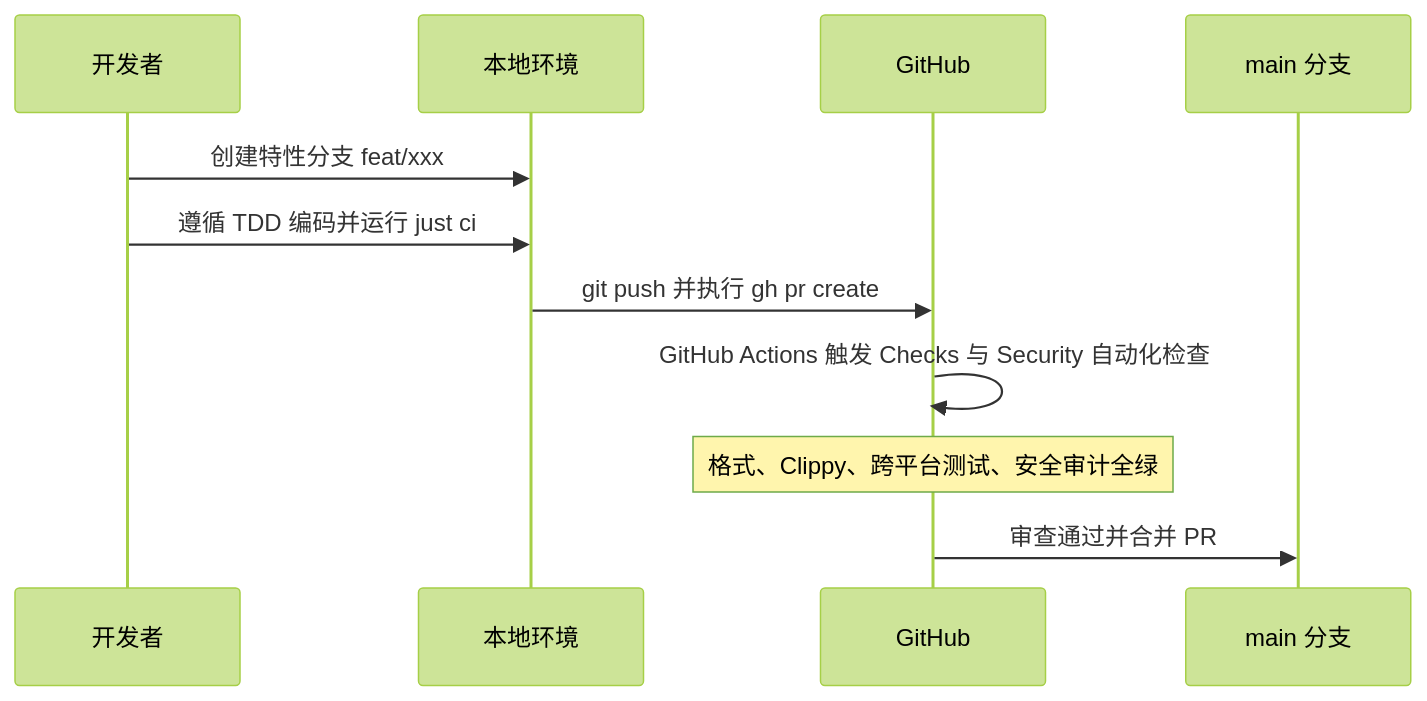
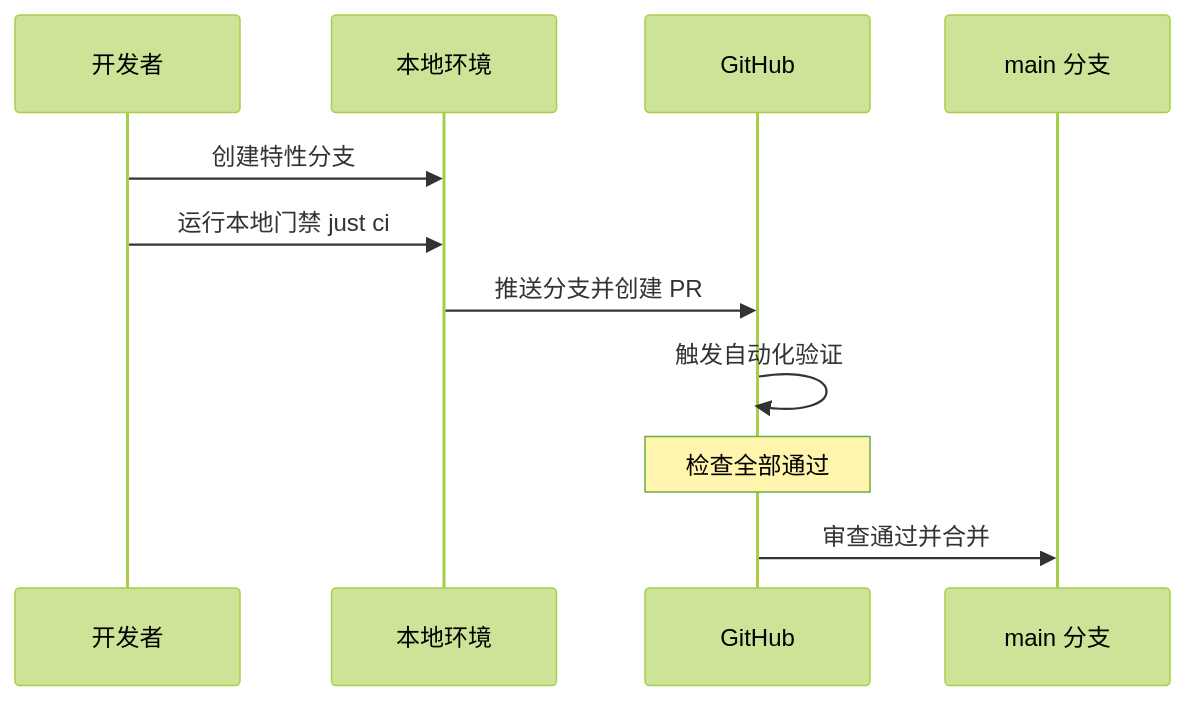
Before and after one commit to 0xTimi2233/md-outline: the first of 2 diagrams in CONTRIBUTING.md, drawn with Mermaid (forest theme). The commit also changed other lines of this file and 6 other files, not shown here.

````diff
--- a/CONTRIBUTING.md
+++ b/CONTRIBUTING.md
@@ -34,14 +47,14 @@
 ```mermaid
 sequenceDiagram
     participant Dev as 开发者
     participant Local as 本地环境
     participant Remote as GitHub
     participant Main as main 分支
 
-    Dev->>Local: 创建特性分支 feat/xxx
-    Dev->>Local: 遵循 TDD 编码并运行 just ci
-    Local->>Remote: git push 并执行 gh pr create
-    Remote->>Remote: GitHub Actions 触发 Checks 与 Security 自动化检查
-    Note over Remote: 格式、Clippy、跨平台测试、安全审计全绿
-    Remote->>Main: 审查通过并合并 PR
+    Dev->>Local: 创建特性分支
+    Dev->>Local: 运行本地门禁 just ci
+    Local->>Remote: 推送分支并创建 PR
+    Remote->>Remote: 触发自动化验证
+    Note over Remote: 检查全部通过
+    Remote->>Main: 审查通过并合并
 ```
````
